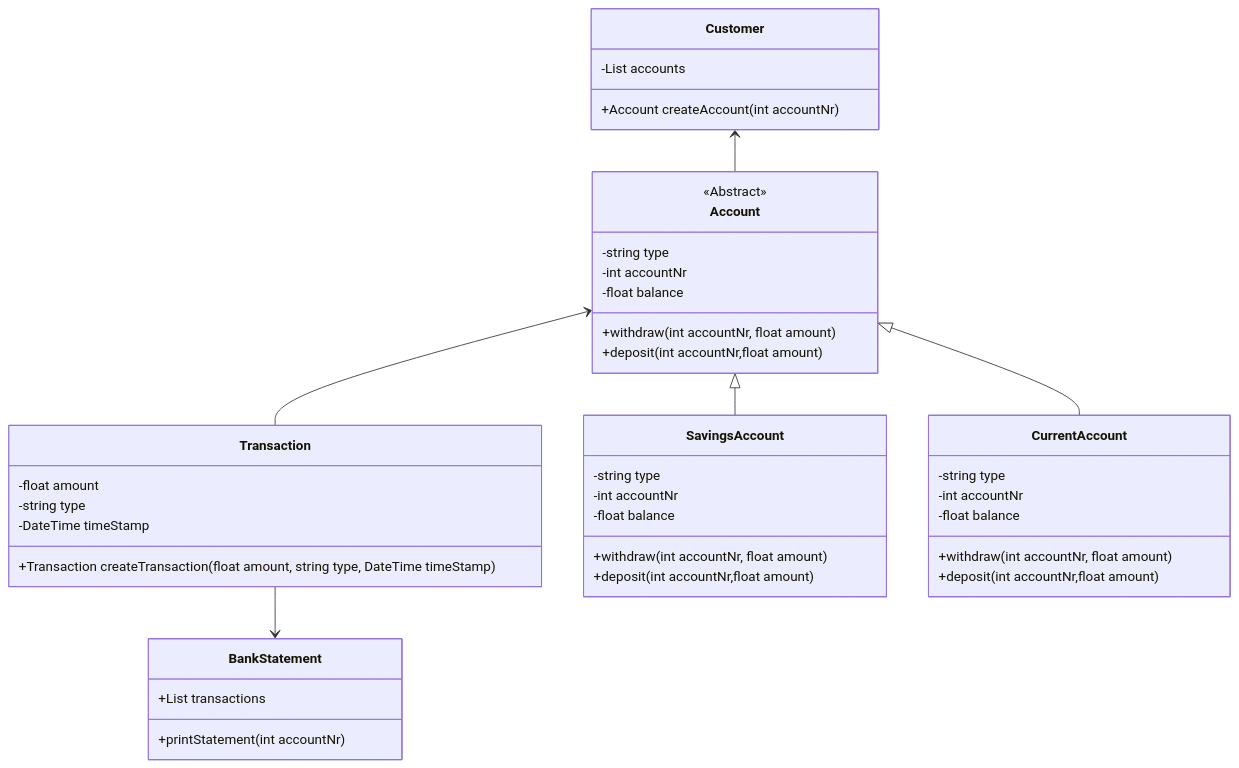
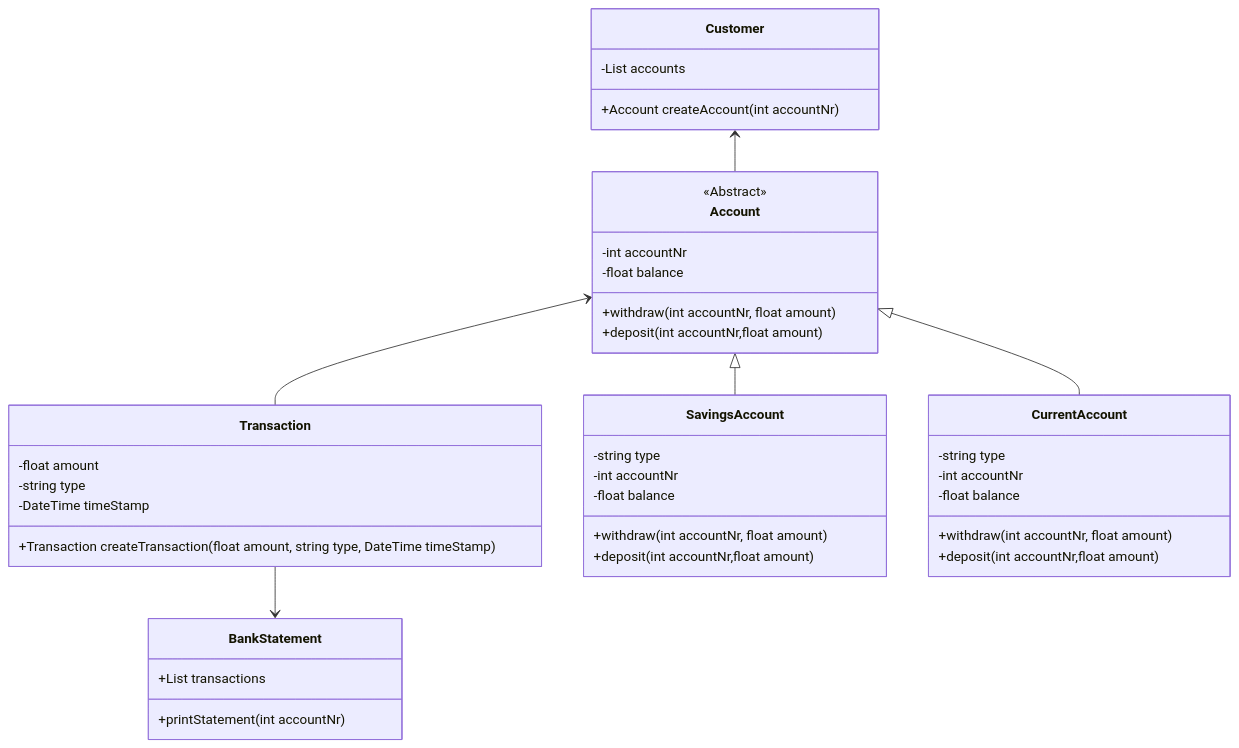
One commit to boolean-uk/csharp-tdd-oop-bank-challenge changed the diagram in classDiagram.mmd. Above: the diagram before and after it, drawn with Mermaid. The commit also changed 4 other files, not shown here.

```diff
--- a/classDiagram.mmd
+++ b/classDiagram.mmd
@@ -1,44 +1,43 @@
 classDiagram
 
     Customer <-- Account
     Transaction --> BankStatement
     Account <-- Transaction
     Account <|-- SavingsAccount
     Account <|-- CurrentAccount
     class Customer {
         -List<Account> accounts
         +Account createAccount(int accountNr)
     }
 
     class Account{
         <<Abstract>>
-        -string type
         -int accountNr
         -float balance
         +withdraw(int accountNr, float amount)
         +deposit(int accountNr,float amount)
     }
     class CurrentAccount{
         -string type
         -int accountNr
         -float balance
         +withdraw(int accountNr, float amount)
         +deposit(int accountNr,float amount)
     }
     class SavingsAccount{
         -string type
         -int accountNr
         -float balance
         +withdraw(int accountNr, float amount)
         +deposit(int accountNr,float amount)
     }
     class Transaction{
         -float amount
         -string type
         -DateTime timeStamp
         +Transaction createTransaction(float amount, string type, DateTime timeStamp)
     }
     class BankStatement{
         +List<Transaction> transactions
         +printStatement(int accountNr)
     }
```
